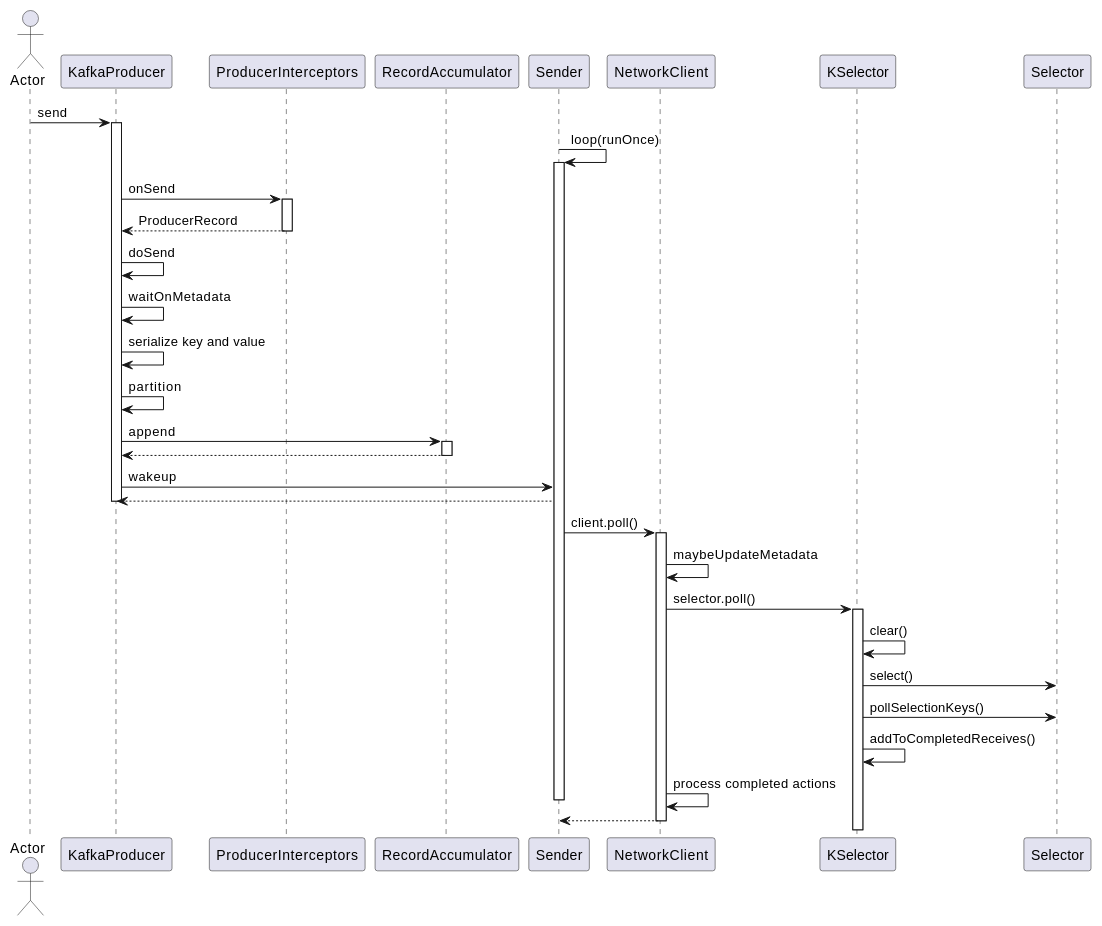
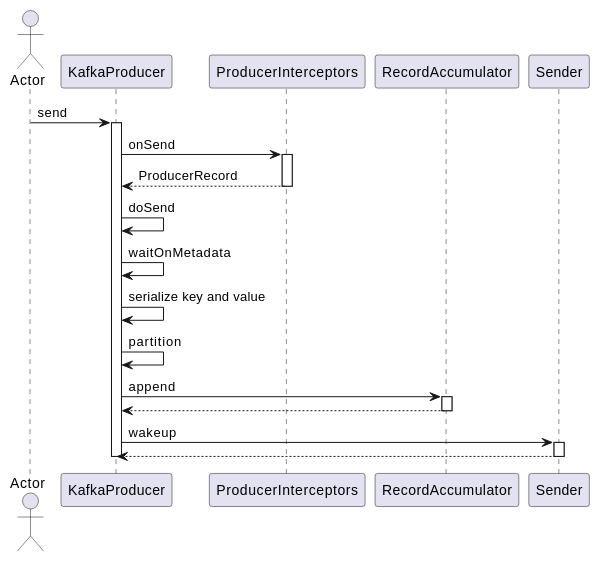
The first of 2 diagrams in docs/CS/MQ/Kafka/Producer.md (Robinpig/Note), drawn with PlantUML before and after one commit. The commit also changed other lines of this file and 2 other files, not shown here.

````diff
--- a/docs/CS/MQ/Kafka/Producer.md
+++ b/docs/CS/MQ/Kafka/Producer.md
@@ -114,36 +110,24 @@
 ```plantuml
 actor Actor
 Actor -> KafkaProducer : send
 activate KafkaProducer
 participant ProducerInterceptors
 participant RecordAccumulator
-Sender -> Sender : loop(runOnce)
-activate Sender
 KafkaProducer -> ProducerInterceptors : onSend
 activate ProducerInterceptors
 ProducerInterceptors --> KafkaProducer: ProducerRecord
 deactivate ProducerInterceptors
 KafkaProducer -> KafkaProducer : doSend
 KafkaProducer -> KafkaProducer : waitOnMetadata
 KafkaProducer -> KafkaProducer : serialize key and value
 KafkaProducer -> KafkaProducer : partition
 KafkaProducer -> RecordAccumulator : append
 activate RecordAccumulator
 RecordAccumulator --> KafkaProducer
 deactivate RecordAccumulator
 KafkaProducer -> Sender : wakeup
+activate Sender
 Sender --> KafkaProducer
+deactivate Sender
 deactivate KafkaProducer
-Sender -> NetworkClient : client.poll()
-activate NetworkClient
-NetworkClient -> NetworkClient : maybeUpdateMetadata
-NetworkClient -> KSelector : selector.poll()
-activate KSelector
-KSelector -> KSelector : clear()
-KSelector -> Selector : select()
-KSelector -> Selector : pollSelectionKeys()
-KSelector -> KSelector : addToCompletedReceives()
-NetworkClient -> NetworkClient : process completed actions
-deactivate Sender
-return
 ```
````
